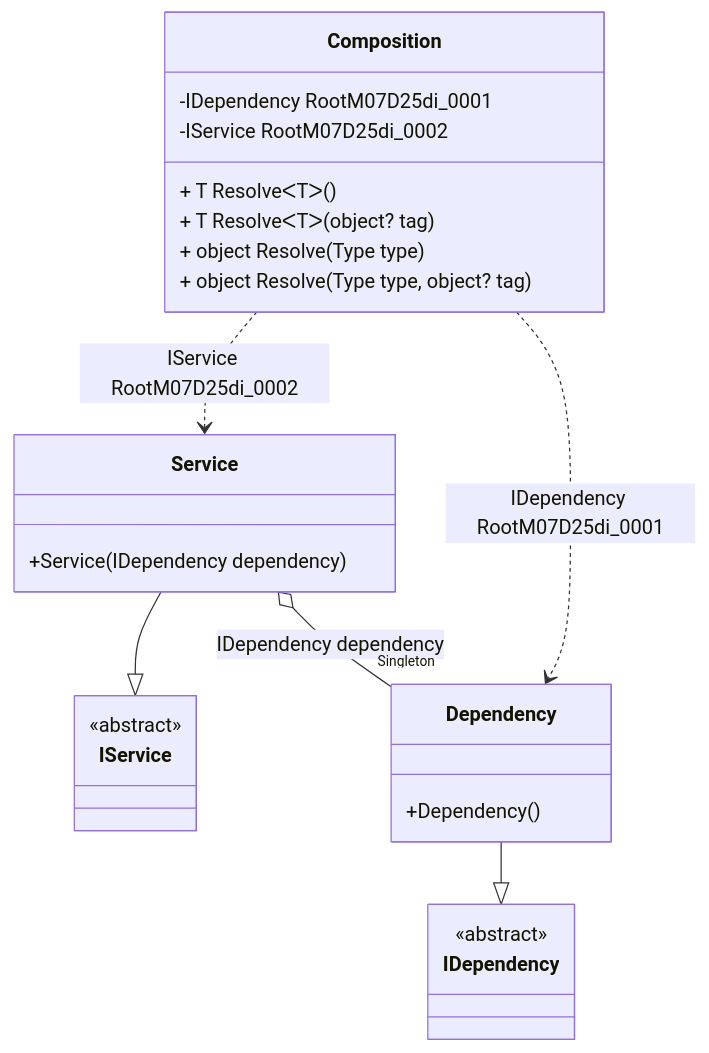
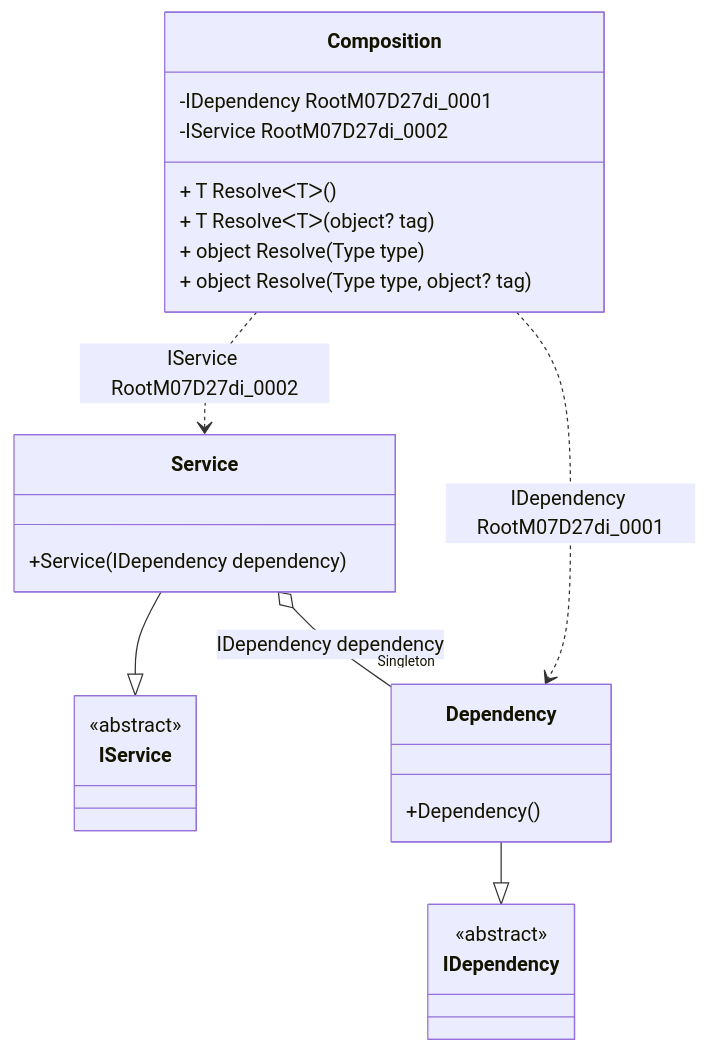
One commit to DevTeam/Pure.DI changed the diagram in readme/service-collection.md. Above: the diagram before and after it, drawn with Mermaid. The commit also changed other lines of this file and 53 other files, not shown here.

````diff
--- a/readme/service-collection.md
+++ b/readme/service-collection.md
@@ -75,28 +75,28 @@
 ```mermaid
 classDiagram
   class Composition {
-    -IDependency RootM07D25di_0001
-    -IService RootM07D25di_0002
+    -IDependency RootM07D27di_0001
+    -IService RootM07D27di_0002
     + T ResolveᐸTᐳ()
     + T ResolveᐸTᐳ(object? tag)
     + object Resolve(Type type)
     + object Resolve(Type type, object? tag)
   }
   Service --|> IService : 
   class Service {
     +Service(IDependency dependency)
   }
   Dependency --|> IDependency : 
   class Dependency {
     +Dependency()
   }
   class IService {
     <<abstract>>
   }
   class IDependency {
     <<abstract>>
   }
   Service o--  "Singleton" Dependency : IDependency dependency
-  Composition ..> Dependency : IDependency RootM07D25di_0001
-  Composition ..> Service : IService RootM07D25di_0002
+  Composition ..> Dependency : IDependency RootM07D27di_0001
+  Composition ..> Service : IService RootM07D27di_0002
 ```
````
